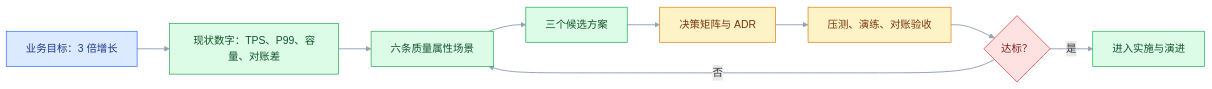
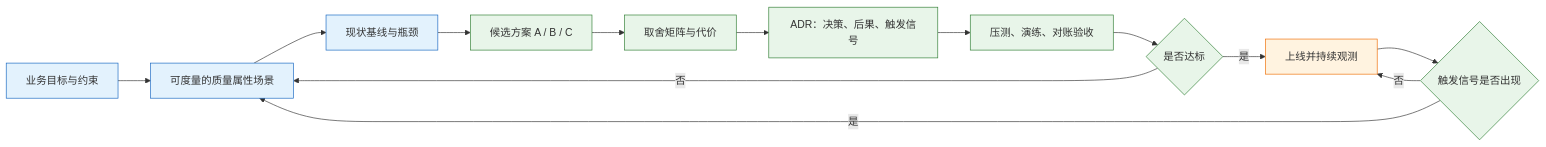
Before and after one commit to jimbosuper/studynotes: the first of 3 diagrams in blog/src/notes/03-架构/01-架构基础/01-架构认知与质量属性.md, drawn with Mermaid. The commit also changed other lines of this file and 367 other files, not shown here.

````diff
--- a/blog/src/notes/03-架构/01-架构基础/01-架构认知与质量属性.md
+++ b/blog/src/notes/03-架构/01-架构基础/01-架构认知与质量属性.md
@@ -19,17 +59,21 @@
 ```mermaid
 flowchart LR
-    classDef client fill:#DBEAFE,stroke:#2563EB,color:#1E3A8A
-    classDef service fill:#DCFCE7,stroke:#16A34A,color:#14532D
-    classDef data fill:#FEF3C7,stroke:#D97706,color:#78350F
-    classDef danger fill:#FEE2E2,stroke:#DC2626,color:#7F1D1D
-
-    A["业务目标：3 倍增长"]:::client --> B["现状数字：TPS、P99、容量、对账差"]:::service
-    B --> C["六条质量属性场景"]:::service
-    C --> D["三个候选方案"]:::service
-    D --> E["决策矩阵与 ADR"]:::data
-    E --> F["压测、演练、对账验收"]:::data
-    F --> G{"达标？"}:::danger
-    G -->|"是"| H["进入实施与演进"]:::service
-    G -->|"否"| C
-    linkStyle default stroke:#94A3B8,stroke-width:1.5px
+    A["业务目标与约束"] --> B["可度量的质量属性场景"]
+    B --> C["现状基线与瓶颈"]
+    C --> D["候选方案 A / B / C"]
+    D --> E["取舍矩阵与代价"]
+    E --> F["ADR：决策、后果、触发信号"]
+    F --> G["压测、演练、对账验收"]
+    G --> H{"是否达标"}
+    H -->|"否"| B
+    H -->|"是"| I["上线并持续观测"]
+    I --> J{"触发信号是否出现"}
+    J -->|"是"| B
+    J -->|"否"| I
+    classDef client fill:#e3f2fd,stroke:#1565c0;
+    classDef engine fill:#e8f5e9,stroke:#2e7d32;
+    classDef image fill:#fff3e0,stroke:#ef6c00;
+    class A,B,C client
+    class D,E,F,G,H,J engine
+    class I image
 ```
````
